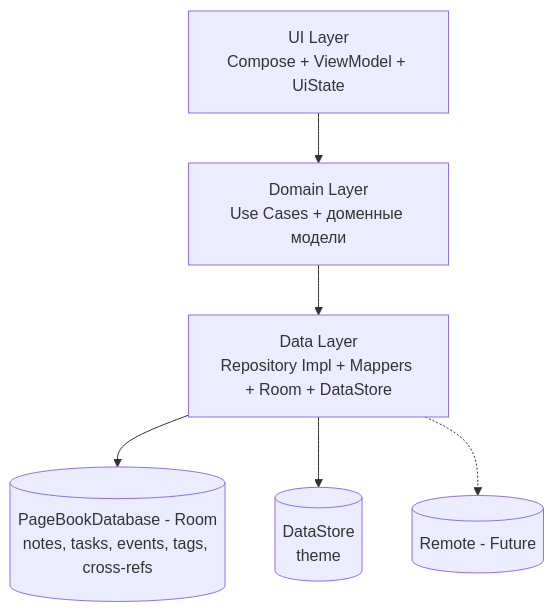
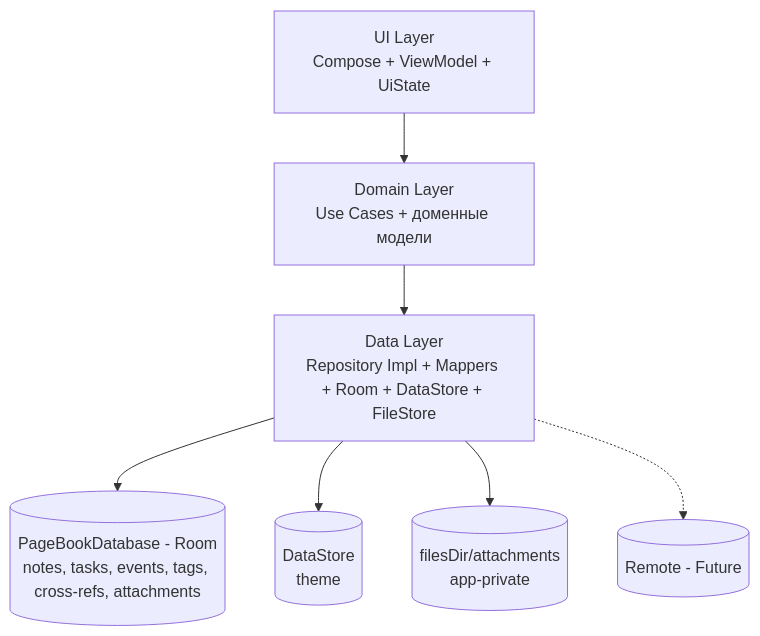
One commit to MaxGog/pagebook-android changed the diagram in README.md. Above: the diagram before and after it, drawn with Mermaid. The commit also changed other lines of this file and 33 other files, not shown here.

````diff
--- a/README.md
+++ b/README.md
@@ -76,8 +91,9 @@
 ```mermaid
 graph TD
    A[UI Layer<br/>Compose + ViewModel + UiState] --> B[Domain Layer<br/>Use Cases + доменные модели]
-   B --> C[Data Layer<br/>Repository Impl + Mappers + Room + DataStore]
-   C --> D[(PageBookDatabase - Room<br/>notes, tasks, events, tags, cross-refs)]
+   B --> C[Data Layer<br/>Repository Impl + Mappers + Room + DataStore + FileStore]
+   C --> D[(PageBookDatabase - Room<br/>notes, tasks, events, tags, cross-refs, attachments)]
    C --> F[(DataStore<br/>theme)]
+   C --> G[(filesDir/attachments<br/>app-private)]
    C -.-> E[(Remote - Future)]
 ```
````
